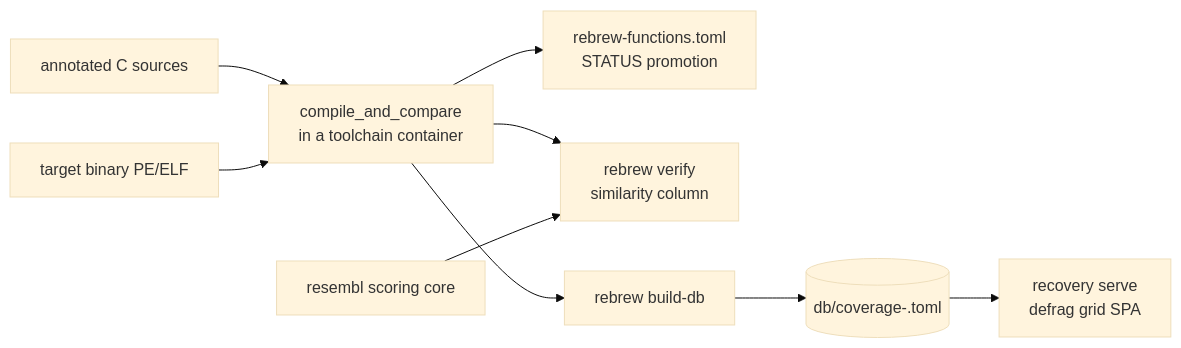
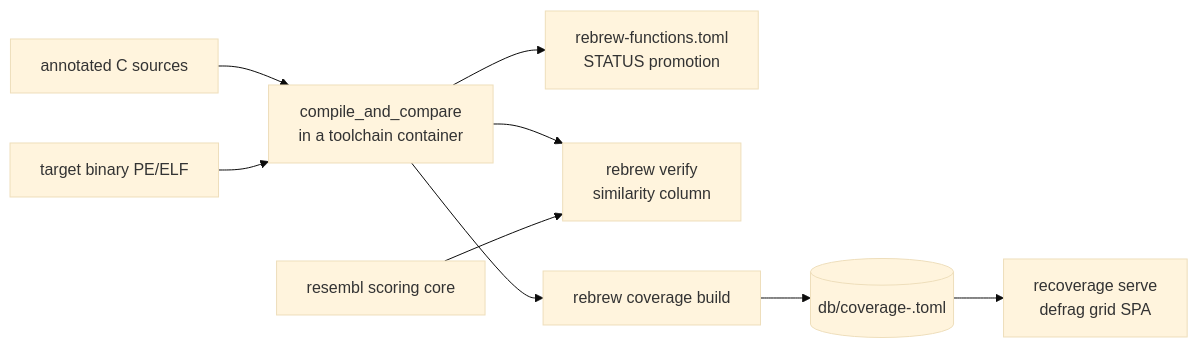
The third of 3 diagrams in docs/ECOSYSTEM.md (maci0/rebrew), drawn with Mermaid (base theme) before and after one commit. The commit also changed other lines of this file and 390 other files, not shown here.

````diff
--- a/docs/ECOSYSTEM.md
+++ b/docs/ECOSYSTEM.md
@@ -323,11 +326,11 @@
 ```mermaid
 flowchart LR
     SRC["annotated C sources"] --> CMP["compile_and_compare<br/>in a toolchain container"]
     BIN["target binary PE/ELF"] --> CMP
     CMP --> MET["rebrew-functions.toml<br/>STATUS promotion"]
     CMP --> VFY["rebrew verify<br/>similarity column"]
     RES["resembl scoring core"] --> VFY
-    CMP --> BDB["rebrew build-db"]
+    CMP --> BDB["rebrew coverage build"]
     BDB --> DB[("db/coverage-<target>.toml")]
-    DB --> DASH["recovery serve<br/>defrag grid SPA"]
+    DB --> DASH["recoverage serve<br/>defrag grid SPA"]
 ```
````
